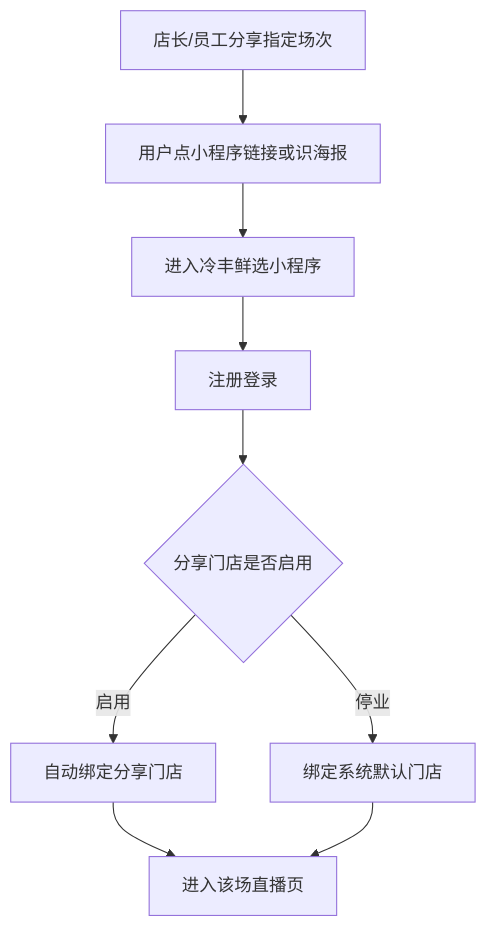
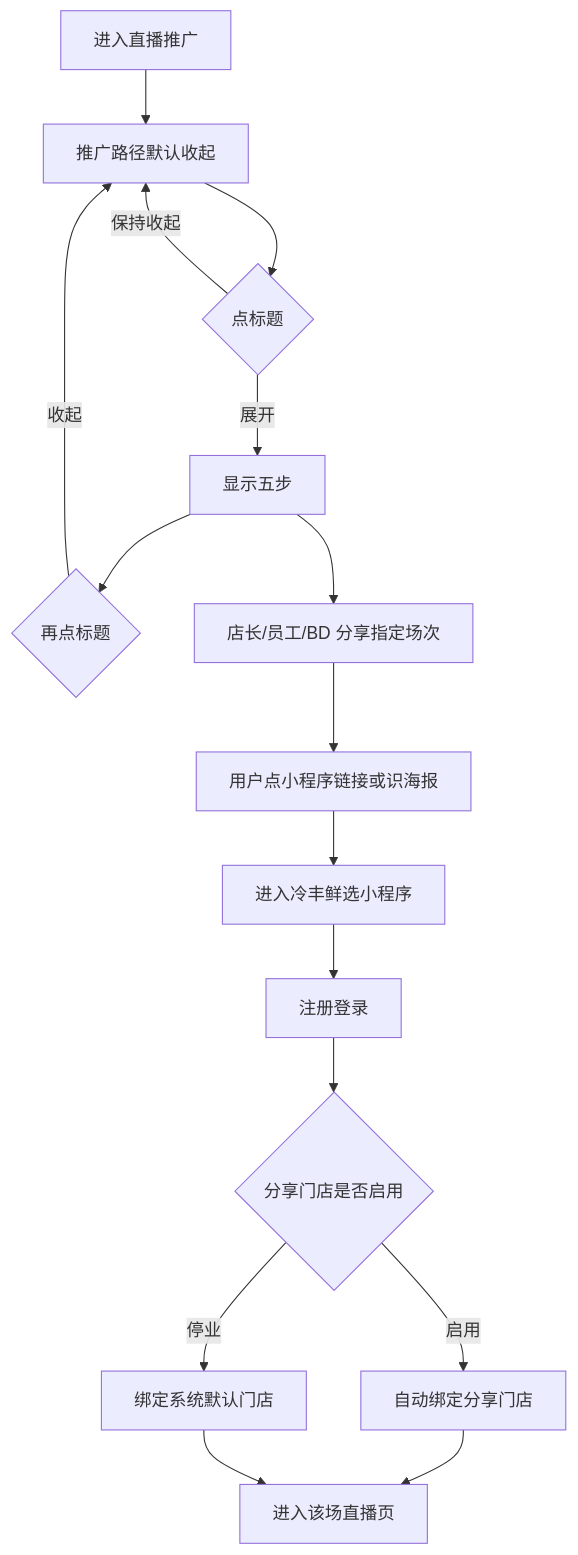
One commit to 342-droid/LFerp changed the fifth of 8 diagrams in prototype-prd/628-丰银宝支持通过分享冷丰鲜选直播场次链接绑定推广会员.md. Above: the diagram before and after it, drawn with Mermaid. The commit also changed other lines of this file and 53 other files, not shown here.

````diff
--- a/prototype-prd/628-丰银宝支持通过分享冷丰鲜选直播场次链接绑定推广会员.md
+++ b/prototype-prd/628-丰银宝支持通过分享冷丰鲜选直播场次链接绑定推广会员.md
@@ -332,11 +358,18 @@
 ```mermaid
 flowchart TD
-  A[店长/员工分享指定场次] --> B[用户点小程序链接或识海报]
-  B --> C[进入冷丰鲜选小程序]
-  C --> D[注册登录]
-  D --> E{分享门店是否启用}
-  E -->|启用| F[自动绑定分享门店]
-  E -->|停业| G[绑定系统默认门店]
-  F --> H[进入该场直播页]
-  G --> H
+  A[进入直播推广] --> B[推广路径默认收起]
+  B --> C{点标题}
+  C -->|展开| D[显示五步]
+  C -->|保持收起| B
+  D --> E{再点标题}
+  E -->|收起| B
+  D --> F[店长/员工/BD 分享指定场次]
+  F --> G[用户点小程序链接或识海报]
+  G --> H[进入冷丰鲜选小程序]
+  H --> I[注册登录]
+  I --> J{分享门店是否启用}
+  J -->|启用| K[自动绑定分享门店]
+  J -->|停业| L[绑定系统默认门店]
+  K --> M[进入该场直播页]
+  L --> M
 ```
````
